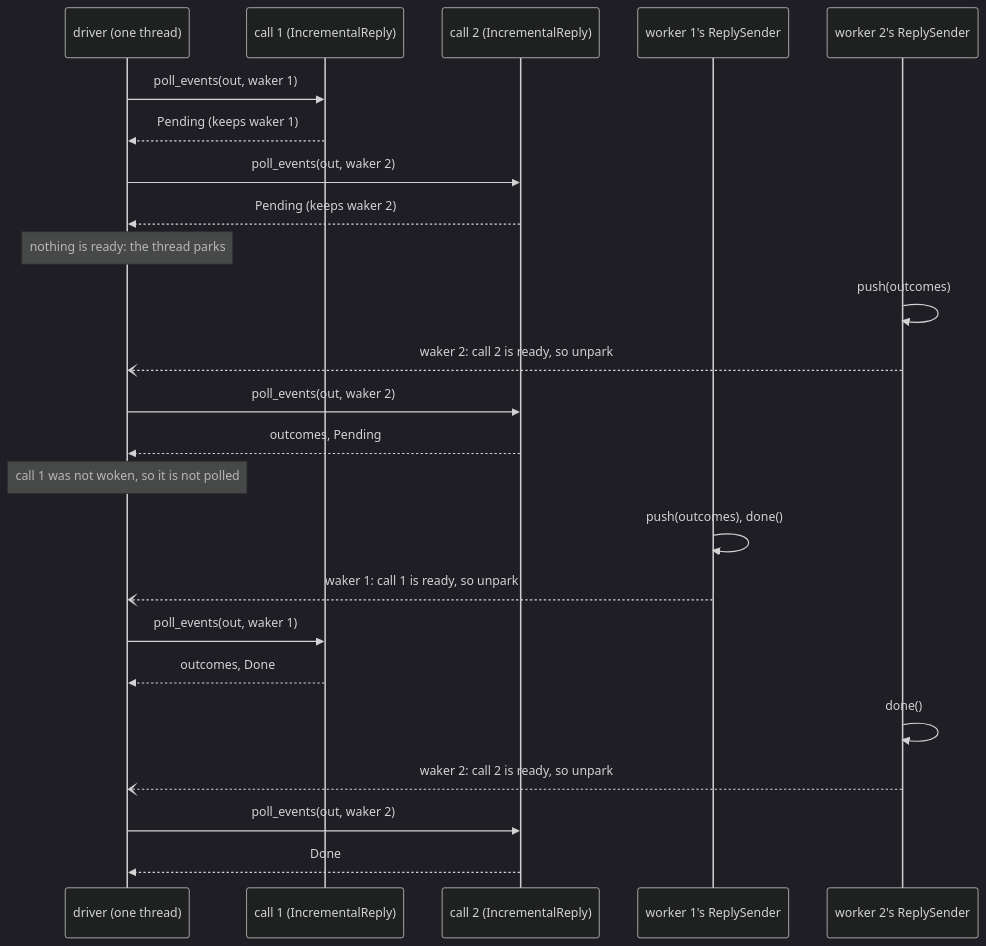
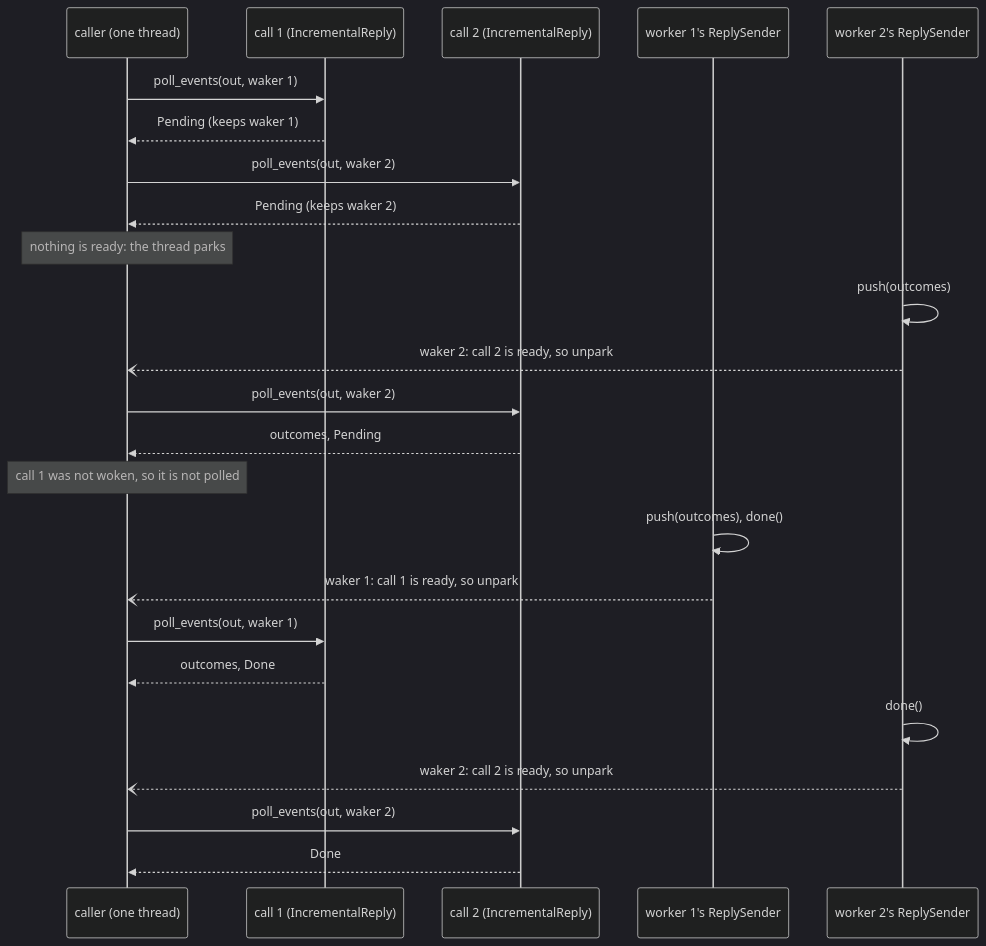
The fourth of 5 diagrams in source/executor_protocol/docs/internals/replies.md (microsoft/qdk), drawn with Mermaid (dark theme) before and after one commit. The commit also changed other lines of this file and 64 other files, not shown here.

````diff
--- a/source/executor_protocol/docs/internals/replies.md
+++ b/source/executor_protocol/docs/internals/replies.md
@@ -253,26 +253,26 @@
 ```mermaid
 sequenceDiagram
-  participant A as driver (one thread)
+  participant A as caller (one thread)
   participant X as call 1 (IncrementalReply)
   participant Y as call 2 (IncrementalReply)
   participant C1 as worker 1's ReplySender
   participant C2 as worker 2's ReplySender
   A->>X: poll_events(out, waker 1)
   X-->>A: Pending (keeps waker 1)
   A->>Y: poll_events(out, waker 2)
   Y-->>A: Pending (keeps waker 2)
   Note over A: nothing is ready: the thread parks
   C2->>C2: push(outcomes)
   C2--)A: waker 2: call 2 is ready, so unpark
   A->>Y: poll_events(out, waker 2)
   Y-->>A: outcomes, Pending
   Note over A: call 1 was not woken, so it is not polled
   C1->>C1: push(outcomes), done()
   C1--)A: waker 1: call 1 is ready, so unpark
   A->>X: poll_events(out, waker 1)
   X-->>A: outcomes, Done
   C2->>C2: done()
   C2--)A: waker 2: call 2 is ready, so unpark
   A->>Y: poll_events(out, waker 2)
   Y-->>A: Done
 ```
````
